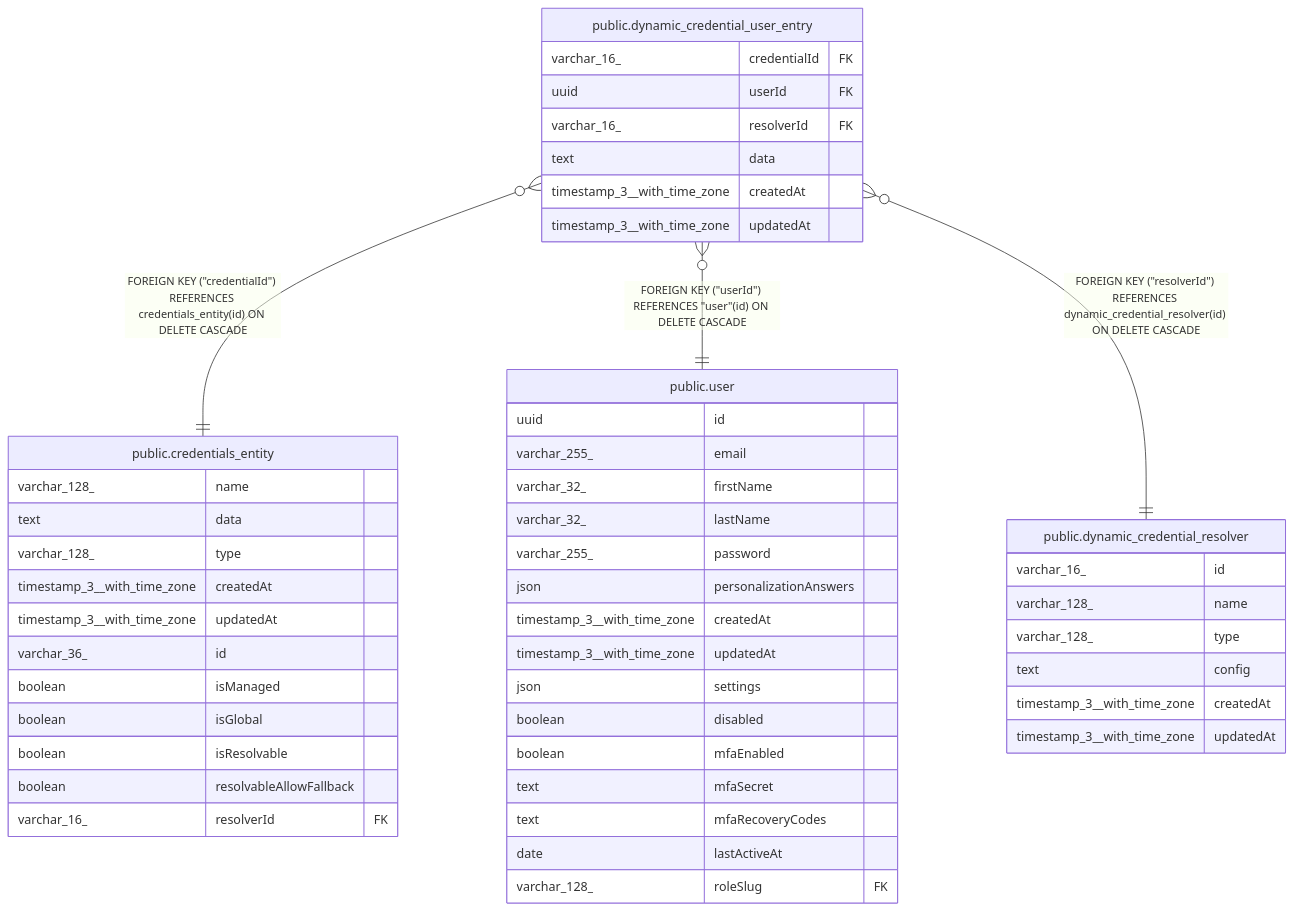
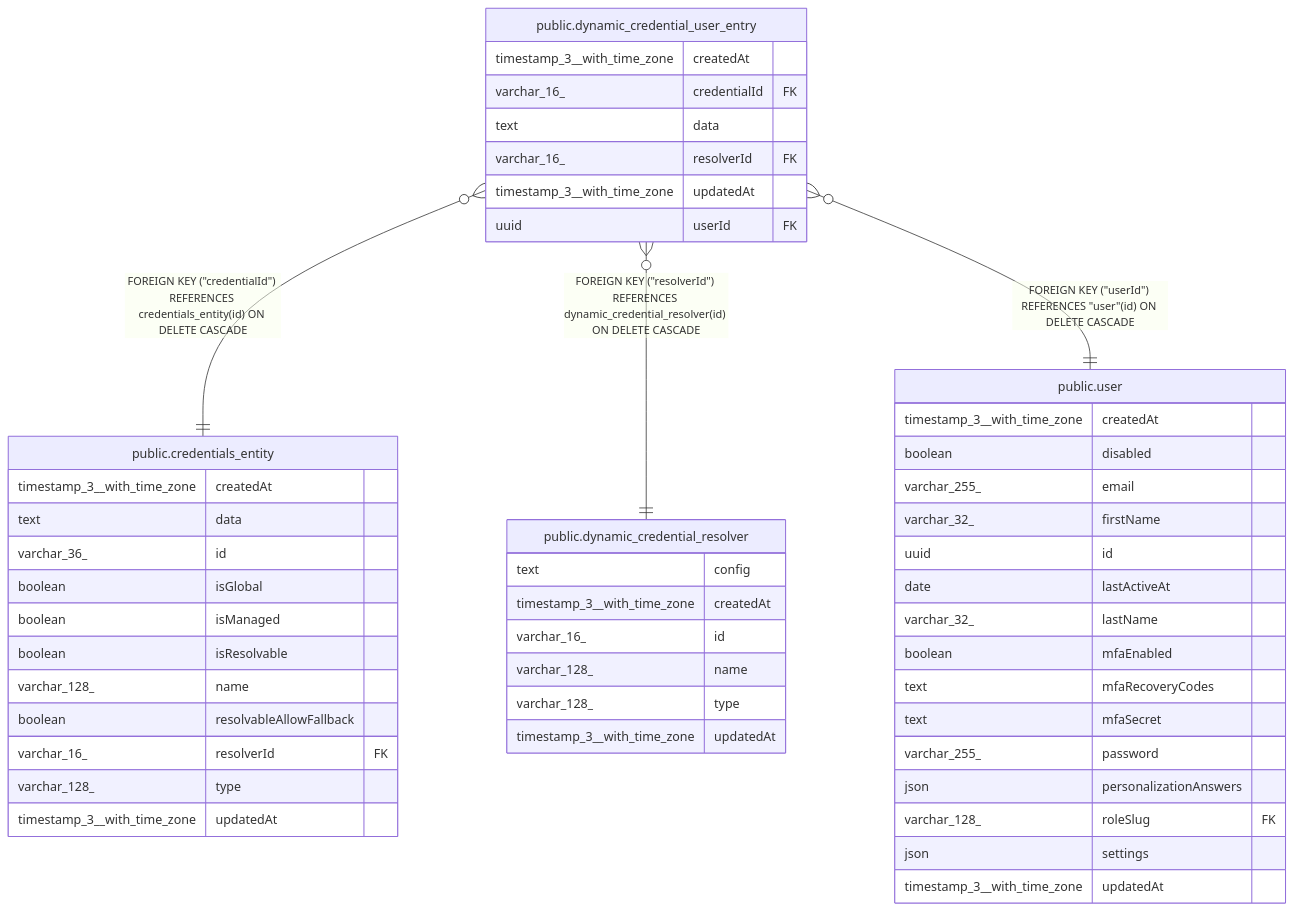
Before and after one commit to mayankjain1815-commits/n8n: the diagram in docs/generated/postgres-schema/public.dynamic_credential_user_entry.md, drawn with Mermaid. The commit also changed other lines of this file and 221 other files, not shown here.

Commit message:
chore(core): Make DB schema docs generation deterministic (#32373)

````diff
--- a/docs/generated/postgres-schema/public.dynamic_credential_user_entry.md
+++ b/docs/generated/postgres-schema/public.dynamic_credential_user_entry.md
@@ -39,54 +39,54 @@
 ```mermaid
 erDiagram
 
 "public.dynamic_credential_user_entry" }o--|| "public.credentials_entity" : "FOREIGN KEY (#quot;credentialId#quot;) REFERENCES credentials_entity(id) ON DELETE CASCADE"
+"public.dynamic_credential_user_entry" }o--|| "public.dynamic_credential_resolver" : "FOREIGN KEY (#quot;resolverId#quot;) REFERENCES dynamic_credential_resolver(id) ON DELETE CASCADE"
 "public.dynamic_credential_user_entry" }o--|| "public.user" : "FOREIGN KEY (#quot;userId#quot;) REFERENCES #quot;user#quot;(id) ON DELETE CASCADE"
-"public.dynamic_credential_user_entry" }o--|| "public.dynamic_credential_resolver" : "FOREIGN KEY (#quot;resolverId#quot;) REFERENCES dynamic_credential_resolver(id) ON DELETE CASCADE"
 
 "public.dynamic_credential_user_entry" {
+  timestamp_3__with_time_zone createdAt
   varchar_16_ credentialId FK
+  text data
+  varchar_16_ resolverId FK
+  timestamp_3__with_time_zone updatedAt
   uuid userId FK
+}
+"public.credentials_entity" {
+  timestamp_3__with_time_zone createdAt
+  text data
+  varchar_36_ id
+  boolean isGlobal
+  boolean isManaged
+  boolean isResolvable
+  varchar_128_ name
+  boolean resolvableAllowFallback
   varchar_16_ resolverId FK
-  text data
-  timestamp_3__with_time_zone createdAt
+  varchar_128_ type
   timestamp_3__with_time_zone updatedAt
 }
-"public.credentials_entity" {
-  varchar_128_ name
-  text data
-  varchar_128_ type
+"public.dynamic_credential_resolver" {
+  text config
   timestamp_3__with_time_zone createdAt
-  timestamp_3__with_time_zone updatedAt
-  varchar_36_ id
-  boolean isManaged
-  boolean isGlobal
-  boolean isResolvable
-  boolean resolvableAllowFallback
-  varchar_16_ resolverId FK
-}
-"public.user" {
-  uuid id
-  varchar_255_ email
-  varchar_32_ firstName
-  varchar_32_ lastName
-  varchar_255_ password
-  json personalizationAnswers
-  timestamp_3__with_time_zone createdAt
-  timestamp_3__with_time_zone updatedAt
-  json settings
-  boolean disabled
-  boolean mfaEnabled
-  text mfaSecret
-  text mfaRecoveryCodes
-  date lastActiveAt
-  varchar_128_ roleSlug FK
-}
-"public.dynamic_credential_resolver" {
   varchar_16_ id
   varchar_128_ name
   varchar_128_ type
-  text config
+  timestamp_3__with_time_zone updatedAt
+}
+"public.user" {
   timestamp_3__with_time_zone createdAt
+  boolean disabled
+  varchar_255_ email
+  varchar_32_ firstName
+  uuid id
+  date lastActiveAt
+  varchar_32_ lastName
+  boolean mfaEnabled
+  text mfaRecoveryCodes
+  text mfaSecret
+  varchar_255_ password
+  json personalizationAnswers
+  varchar_128_ roleSlug FK
+  json settings
   timestamp_3__with_time_zone updatedAt
 }
 ```
````
